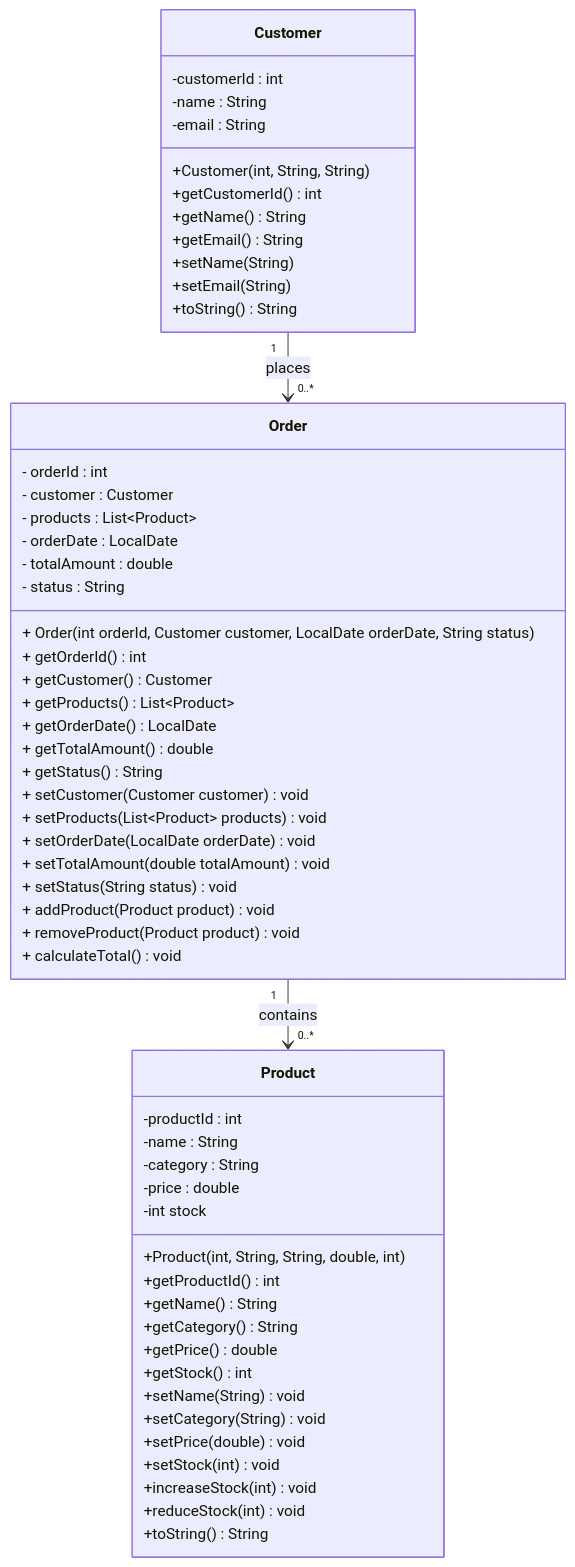
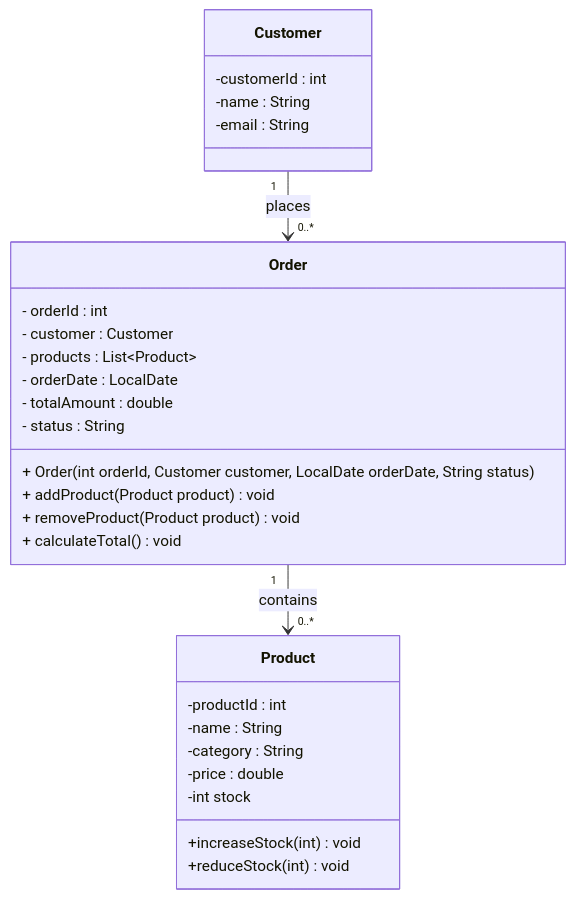
The fifth of 5 diagrams in README.md (jayani-athukorala/java-oop-exercise), drawn with Mermaid before and after one commit. The commit also changed other lines of this file, not shown here.

Commit message:
remove getters setters from uml

````diff
--- a/README.md
+++ b/README.md
@@ -107,67 +76,36 @@
 ```mermaid
 classDiagram
     class Customer {
         -customerId : int
         -name : String
         -email : String
-        +Customer(int, String, String)
-        +getCustomerId() int
-        +getName() String
-        +getEmail() String
-        +setName(String)
-        +setEmail(String)
-        +toString() String
     }
 
     class Order {
       - orderId : int
       - customer : Customer
       - products : List~Product~
       - orderDate : LocalDate
       - totalAmount : double
       - status : String
     
-      + Order(int orderId, Customer customer, LocalDate orderDate, String status)
-      + getOrderId() int
-      + getCustomer() Customer
-      + getProducts() List~Product~
-      + getOrderDate() LocalDate
-      + getTotalAmount() double
-      + getStatus() String
-    
-      + setCustomer(Customer customer) void
-      + setProducts(List~Product~ products) void
-      + setOrderDate(LocalDate orderDate) void
-      + setTotalAmount(double totalAmount) void
-      + setStatus(String status) void
-          
+      + Order(int orderId, Customer customer, LocalDate orderDate, String status)    
       + addProduct(Product product) void
       + removeProduct(Product product) void
       + calculateTotal() void
     }
 
     class Product {
         -productId : int
         -name : String
         -category : String
         -price : double
         -int stock
-        +Product(int, String, String, double, int)
-        +getProductId() int
-        +getName() String
-        +getCategory() String
-        +getPrice() double
-        +getStock() int
-        +setName(String) void
-        +setCategory(String) void
-        +setPrice(double) void
-        +setStock(int) void
         +increaseStock(int) void
         +reduceStock(int) void
-        +toString() String
     }
 
     %% Relationships
     Customer "1" --> "0..*" Order : places
     Order "1" --> "0..*" Product : contains
 ```
````
